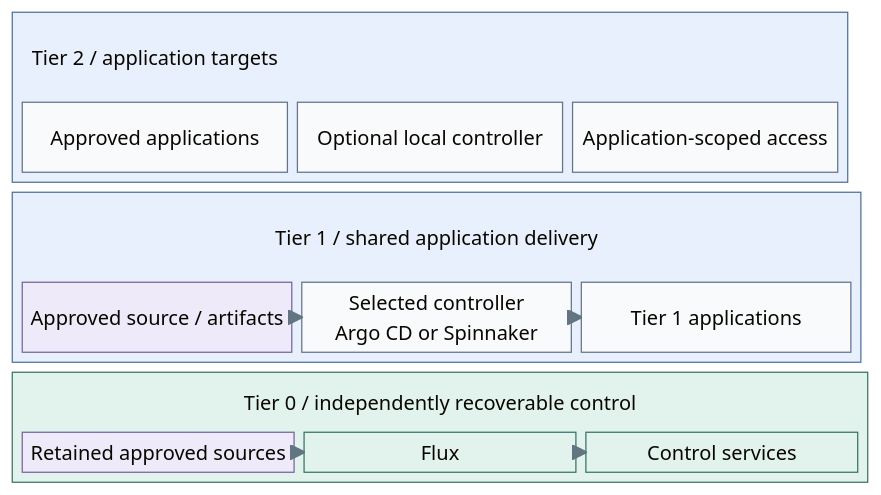
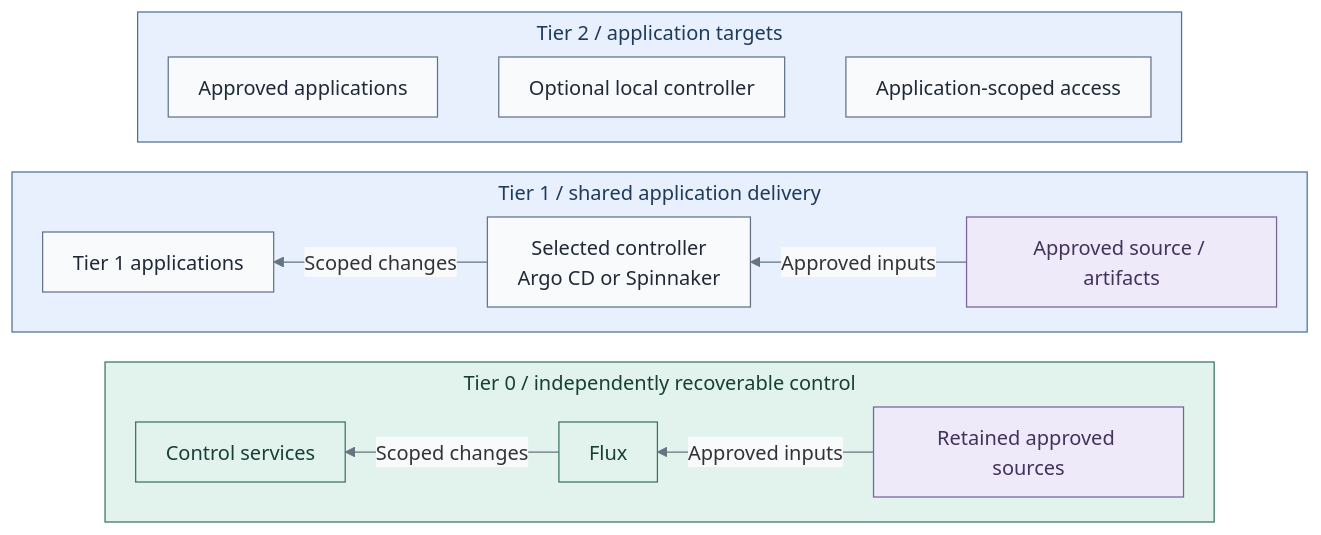
The diagram in docs/architecture/delivery/controllers.md (Rexus/homelab), drawn with Mermaid before and after one commit. The commit also changed other lines of this file and 89 other files, not shown here.

Commit message:
docs(deployment): align capability stages and diagrams

````diff
--- a/docs/architecture/delivery/controllers.md
+++ b/docs/architecture/delivery/controllers.md
@@ -31,41 +31,35 @@
 ```mermaid
 %%{init: {"theme":"base","flowchart":{"nodeSpacing":20,"rankSpacing":24,"padding":12,"subGraphTitleMargin":{"top":4,"bottom":12}},"themeVariables":{"lineColor":"#627581","edgeLabelBackground":"#f8fafc"}}}%%
-block-beta
-  columns 1
-  block:T2
-    columns 3
-    T2Title["Tier 2 / application targets"]:3
+flowchart TB
+  subgraph T2["Tier 2 / application targets"]
+    direction LR
     Workload["Approved applications"]
     Local["Optional local controller"]
     Scope["Application-scoped access"]
+    Workload ~~~ Local ~~~ Scope
   end
-  block:T1
-    columns 3
-    T1Title["Tier 1 / shared application delivery"]:3
+  subgraph T1["Tier 1 / shared application delivery"]
+    direction RL
+    Platform["Tier 1 applications"]
+    D["Selected controller<br/>Argo CD or Spinnaker"]
     Release["Approved source / artifacts"]
-    D["Selected controller<br/>Argo CD or Spinnaker"]
-    Platform["Tier 1 applications"]
+    Release -->|Approved inputs| D
+    D -->|Scoped changes| Platform
   end
-  block:T0
-    columns 3
-    T0Title["Tier 0 / independently recoverable control"]:3
+  subgraph T0["Tier 0 / independently recoverable control"]
+    direction RL
+    Control["Control services"]
+    F["Flux"]
     Approved["Retained approved sources"]
-    F["Flux"]
-    Control["Control services"]
+    Approved -->|Approved inputs| F
+    F -->|Scoped changes| Control
   end
-  Release --> D
-  D --> Platform
-  Approved --> F
-  F --> Control
+  T2 ~~~ T1 ~~~ T0
   classDef default fill:#f8fafc,stroke:#64748b,color:#1f2937
   classDef services fill:#e7f0fc,stroke:#4d719b,color:#203a5b
-  classDef servicesHeading fill:#e7f0fc,stroke:#e7f0fc,color:#203a5b
   classDef control fill:#e2f3ed,stroke:#397366,color:#173f36
-  classDef controlHeading fill:#e2f3ed,stroke:#e2f3ed,color:#173f36
   classDef data fill:#eeeafa,stroke:#78639b,color:#42325d
   class T2,T1 services
-  class T2Title,T1Title servicesHeading
   class T0,F,Control control
-  class T0Title controlHeading
   class Release,Approved data
 ```
````
